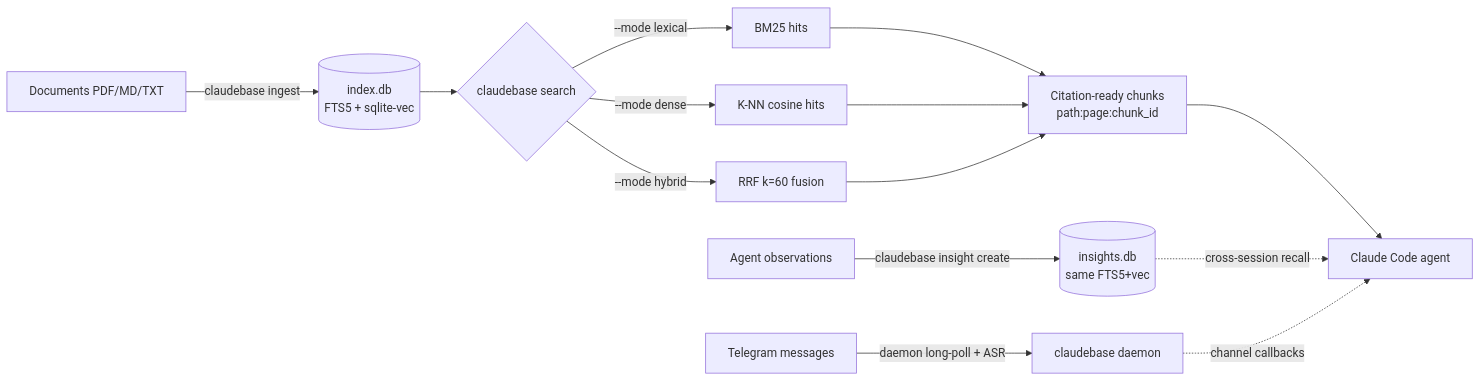
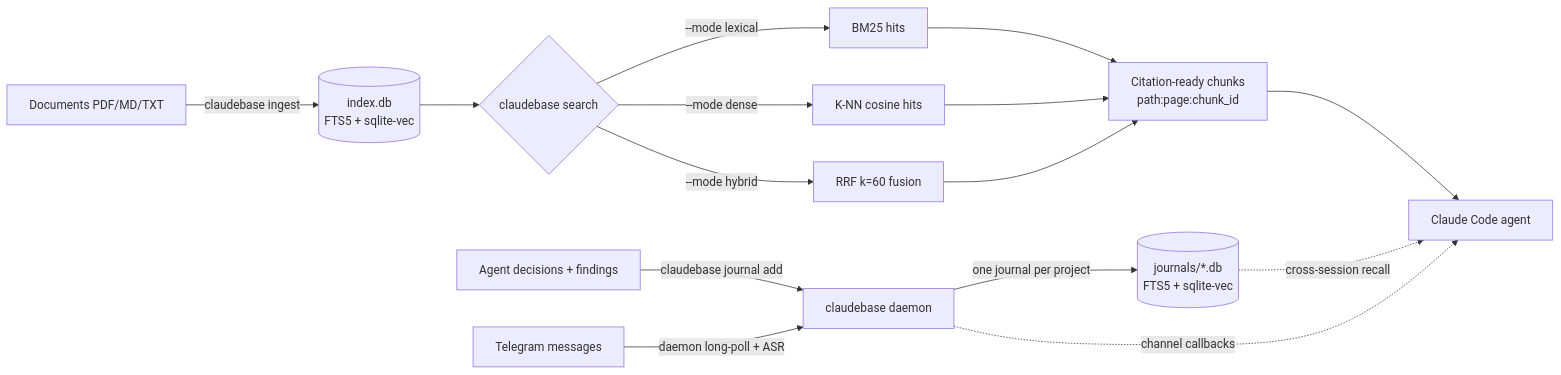
One commit to codefather-labs/claudebase changed the diagram in README.md. Above: the diagram before and after it, drawn with Mermaid. The commit also changed other lines of this file and 45 other files, not shown here.

First line of the commit message:
feat(journal): replace insights with a daemon-owned per-project journal

````diff
--- a/README.md
+++ b/README.md
@@ -127,16 +128,17 @@
 ```mermaid
 graph LR
     A[Documents PDF/MD/TXT] -->|claudebase ingest| B[(index.db<br/>FTS5 + sqlite-vec)]
     B --> C{claudebase search}
     C -->|--mode lexical| D[BM25 hits]
     C -->|--mode dense| E[K-NN cosine hits]
     C -->|--mode hybrid| F[RRF k=60 fusion]
     D --> G[Citation-ready chunks<br/>path:page:chunk_id]
     E --> G
     F --> G
     G --> H[Claude Code agent]
-    I[Agent observations] -->|claudebase insight create| J[(insights.db<br/>same FTS5+vec)]
+    I[Agent decisions + findings] -->|claudebase journal add| L
+    L -->|one journal per project| J[(journals/*.db<br/>FTS5 + sqlite-vec)]
     J -.cross-session recall.-> H
     K[Telegram messages] -->|daemon long-poll + ASR| L[claudebase daemon]
     L -.channel callbacks.-> H
 ```
````
